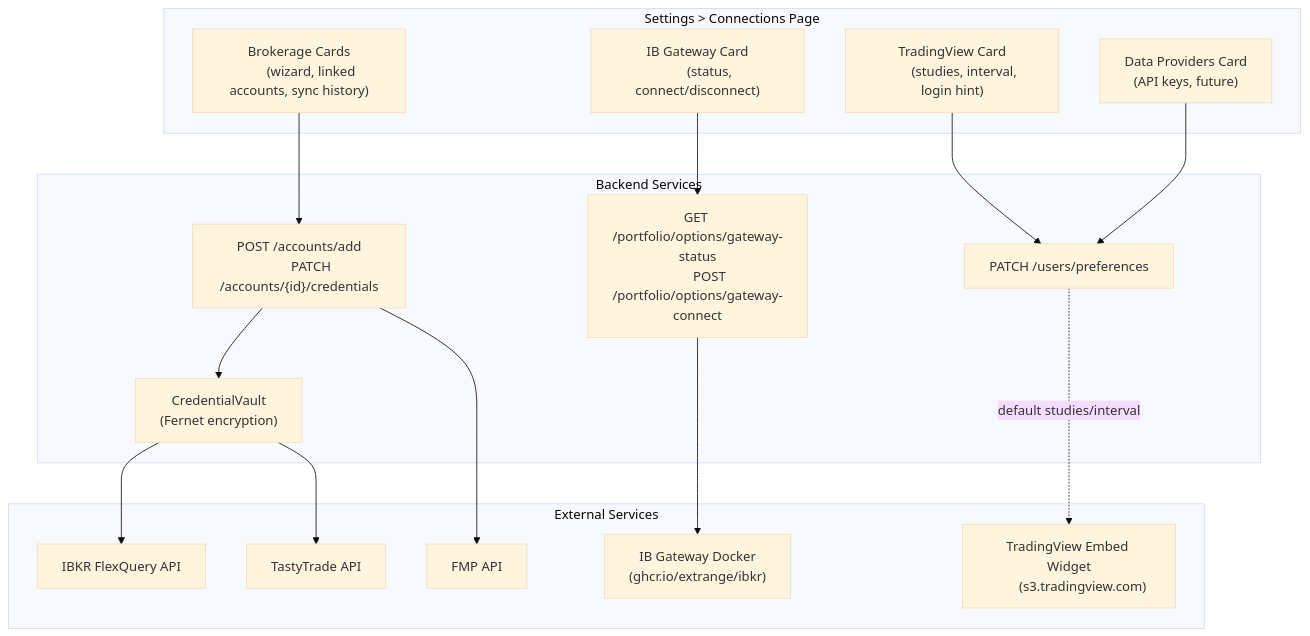
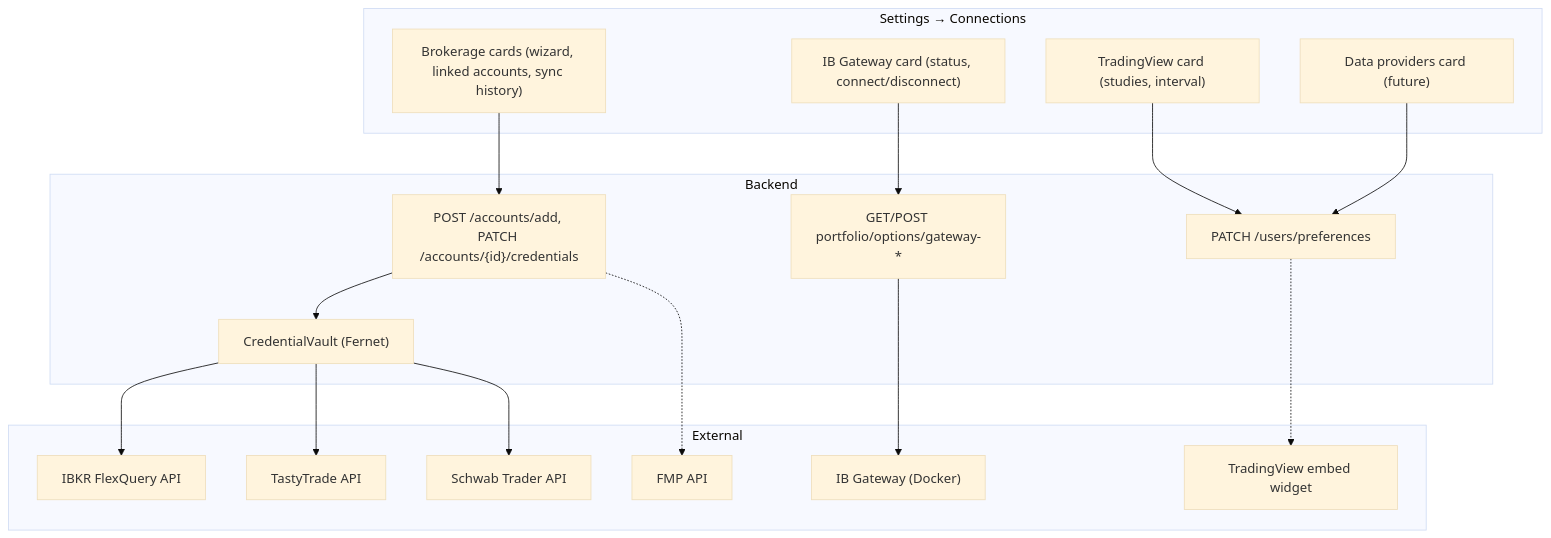
Before and after one commit to paperwork-labs/paperwork: the first of 8 diagrams in docs/CONNECTIONS.md, drawn with Mermaid (base theme). The commit also changed other lines of this file and 15 other files, not shown here.

````diff
--- a/docs/CONNECTIONS.md
+++ b/docs/CONNECTIONS.md
@@ -43,46 +84,37 @@
 ```mermaid
 flowchart TD
-    subgraph frontend ["Settings > Connections Page"]
-        BrokerCards["Brokerage Cards
-        (wizard, linked accounts, sync history)"]
-        GatewayCard["IB Gateway Card
-        (status, connect/disconnect)"]
-        TVCard["TradingView Card
-        (studies, interval, login hint)"]
-        DataCard["Data Providers Card
-        (API keys, future)"]
+    subgraph frontend ["Settings → Connections"]
+        BrokerCards["Brokerage cards (wizard, linked accounts, sync history)"]
+        GatewayCard["IB Gateway card (status, connect/disconnect)"]
+        TVCard["TradingView card (studies, interval)"]
+        DataCard["Data providers card (future)"]
     end
 
-    subgraph backend ["Backend Services"]
-        AccountAPI["POST /accounts/add
-        PATCH /accounts/{id}/credentials"]
-        GatewayAPI["GET /portfolio/options/gateway-status
-        POST /portfolio/options/gateway-connect"]
+    subgraph backend ["Backend"]
+        AccountAPI["POST /accounts/add, PATCH /accounts/{id}/credentials"]
+        GatewayAPI["GET/POST portfolio/options/gateway-*"]
         PrefsAPI["PATCH /users/preferences"]
-        CredVault["CredentialVault
-        (Fernet encryption)"]
+        CredVault["CredentialVault (Fernet)"]
     end
 
-    subgraph external ["External Services"]
+    subgraph external ["External"]
         IBKRFlex["IBKR FlexQuery API"]
         TTAPI["TastyTrade API"]
-        IBGateway["IB Gateway Docker
-        (ghcr.io/extrange/ibkr)"]
-        TVEmbed["TradingView Embed Widget
-        (s3.tradingview.com)"]
+        SchwabAPI["Schwab Trader API"]
+        IBGateway["IB Gateway (Docker)"]
+        TVEmbed["TradingView embed widget"]
         FMPAPI["FMP API"]
     end
 
     BrokerCards --> AccountAPI
     GatewayCard --> GatewayAPI
     TVCard --> PrefsAPI
     DataCard --> PrefsAPI
-
     AccountAPI --> CredVault
     CredVault --> IBKRFlex
     CredVault --> TTAPI
-
+    CredVault --> SchwabAPI
     GatewayAPI --> IBGateway
-    PrefsAPI -.->|"default studies/interval"| TVEmbed
-    AccountAPI --> FMPAPI
+    PrefsAPI -.-> TVEmbed
+    AccountAPI -.-> FMPAPI
 ```
````
